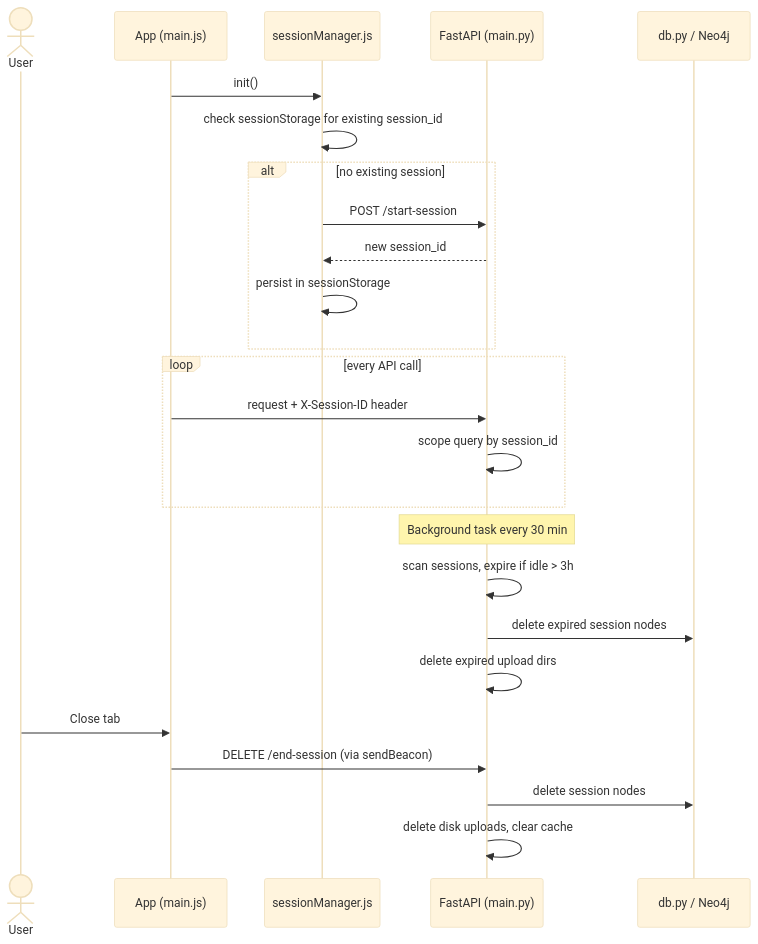
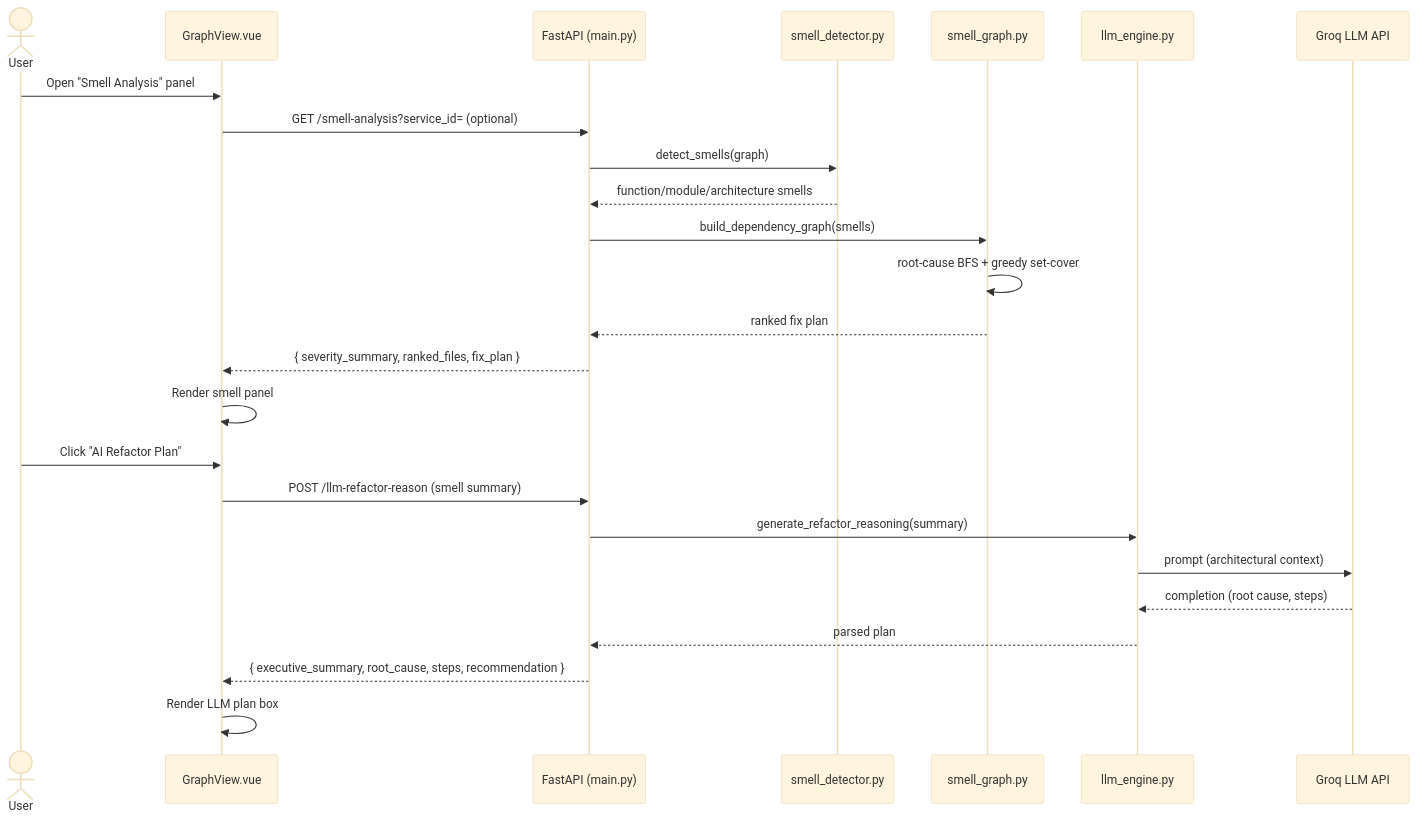
The diagram in srs_diagrams/diagram_09.mmd (farjanasarker/Code_Base_Visualisation), drawn with Mermaid (base theme) before and after one commit. The commit also changed 47 other files, not shown here.

```diff
--- a/srs_diagrams/diagram_09.mmd
+++ b/srs_diagrams/diagram_09.mmd
@@ -1,29 +1,27 @@
 sequenceDiagram
     actor U as User
-    participant FE as App (main.js)
-    participant SM as sessionManager.js
+    participant FE as GraphView.vue
     participant API as FastAPI (main.py)
-    participant DB as db.py / Neo4j
+    participant SD as smell_detector.py
+    participant SG as smell_graph.py
+    participant LE as llm_engine.py
+    participant GROQ as Groq LLM API
 
-    FE->>SM: init()
-    SM->>SM: check sessionStorage for existing session_id
-    alt no existing session
-        SM->>API: POST /start-session
-        API-->>SM: new session_id
-        SM->>SM: persist in sessionStorage
-    end
+    U->>FE: Open "Smell Analysis" panel
+    FE->>API: GET /smell-analysis?service_id= (optional)
+    API->>SD: detect_smells(graph)
+    SD-->>API: function/module/architecture smells
+    API->>SG: build_dependency_graph(smells)
+    SG->>SG: root-cause BFS + greedy set-cover
+    SG-->>API: ranked fix plan
+    API-->>FE: { severity_summary, ranked_files, fix_plan }
+    FE->>FE: Render smell panel
 
-    loop every API call
-        FE->>API: request + X-Session-ID header
-        API->>API: scope query by session_id
-    end
-
-    Note over API: Background task every 30 min
-    API->>API: scan sessions, expire if idle > 3h
-    API->>DB: delete expired session nodes
-    API->>API: delete expired upload dirs
-
-    U->>FE: Close tab
-    FE->>API: DELETE /end-session (via sendBeacon)
-    API->>DB: delete session nodes
-    API->>API: delete disk uploads, clear cache
+    U->>FE: Click "AI Refactor Plan"
+    FE->>API: POST /llm-refactor-reason (smell summary)
+    API->>LE: generate_refactor_reasoning(summary)
+    LE->>GROQ: prompt (architectural context)
+    GROQ-->>LE: completion (root cause, steps)
+    LE-->>API: parsed plan
+    API-->>FE: { executive_summary, root_cause, steps, recommendation }
+    FE->>FE: Render LLM plan box
```
